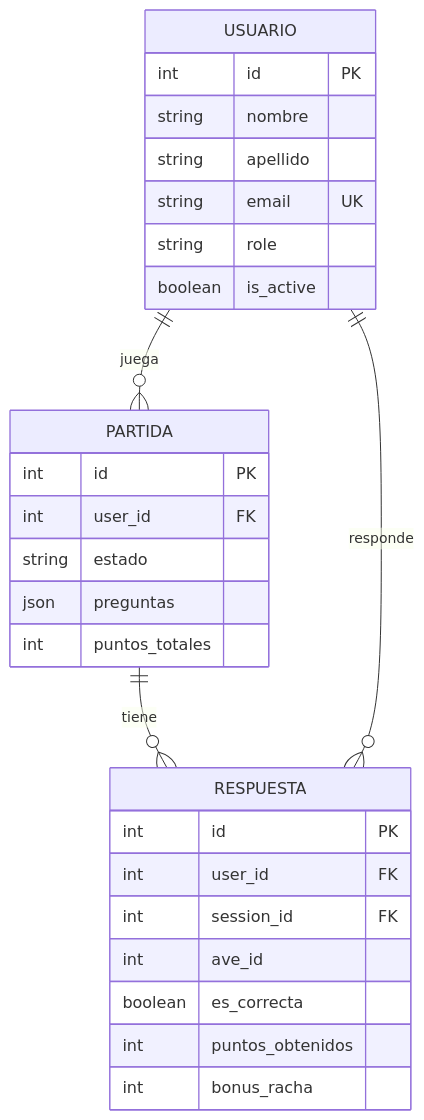
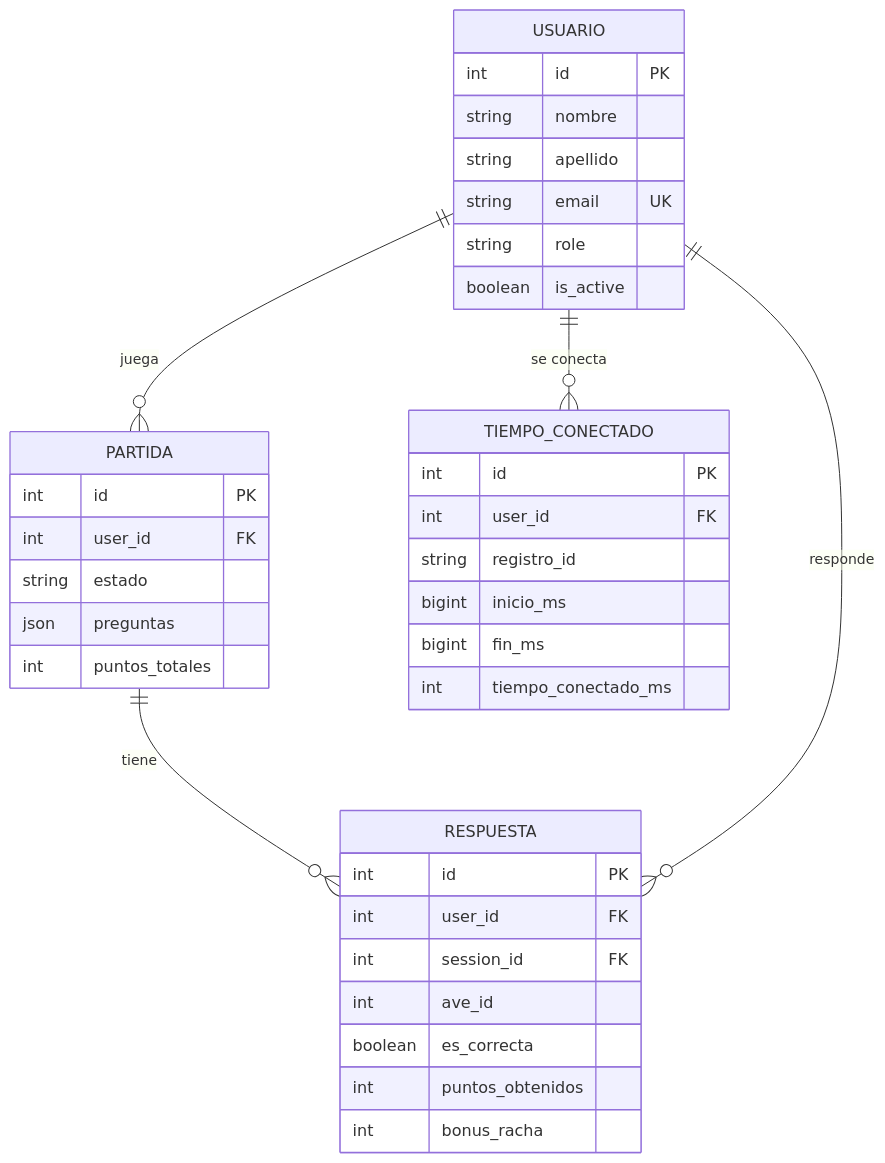
One commit to Gaston-Sartini/avesba-backend-tp2 changed the diagram in README.md. Above: the diagram before and after it, drawn with Mermaid. The commit also changed other lines of this file and 1 other file, not shown here.

````diff
--- a/README.md
+++ b/README.md
@@ -85,30 +90,39 @@
 ```mermaid
 erDiagram
     USUARIO ||--o{ PARTIDA : juega
     PARTIDA ||--o{ RESPUESTA : tiene
     USUARIO ||--o{ RESPUESTA : responde
+    USUARIO ||--o{ TIEMPO_CONECTADO : "se conecta"
     USUARIO {
         int id PK
         string nombre
         string apellido
         string email UK
         string role
         boolean is_active
     }
     PARTIDA {
         int id PK
         int user_id FK
         string estado
         json preguntas
         int puntos_totales
     }
     RESPUESTA {
         int id PK
         int user_id FK
         int session_id FK
         int ave_id
         boolean es_correcta
         int puntos_obtenidos
         int bonus_racha
     }
+    TIEMPO_CONECTADO {
+        int id PK
+        int user_id FK
+        string registro_id
+        bigint inicio_ms
+        bigint fin_ms
+        int tiempo_conectado_ms
+    }
 ```
````
